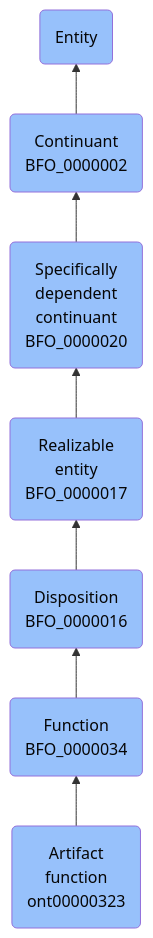
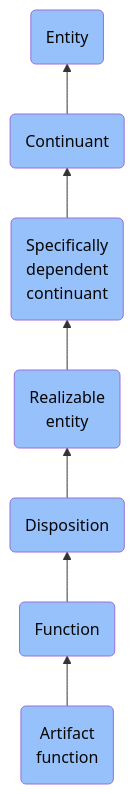
The diagram in docs/ontology/reference/model/Entity/Continuant/Specifically dependent continuant/Realizable entity/Disposition/Function/Artifact function/Artifact function.md (jupyter-naas/abi), drawn with Mermaid before and after one commit. The commit also changed other lines of this file and 1430 other files, not shown here.

````diff
--- a/docs/ontology/reference/model/Entity/Continuant/Specifically dependent continuant/Realizable entity/Disposition/Function/Artifact function/Artifact function.md
+++ b/docs/ontology/reference/model/Entity/Continuant/Specifically dependent continuant/Realizable entity/Disposition/Function/Artifact function/Artifact function.md
@@ -24,14 +24,14 @@
 ```mermaid
 graph BT
-    ont00000323(Artifact<br>function<br>ont00000323):::BFO-->BFO_0000034
-    BFO_0000034(Function<br>BFO_0000034):::BFO-->BFO_0000016
-    BFO_0000016(Disposition<br>BFO_0000016):::BFO-->BFO_0000017
-    BFO_0000017(Realizable<br>entity<br>BFO_0000017):::BFO-->BFO_0000020
-    BFO_0000020(Specifically<br>dependent<br>continuant<br>BFO_0000020):::BFO-->BFO_0000002
-    BFO_0000002(Continuant<br>BFO_0000002):::BFO-->BFO_0000001
+    ont00000323(Artifact<br>function):::BFO-->BFO_0000034
+    BFO_0000034(Function):::BFO-->BFO_0000016
+    BFO_0000016(Disposition):::BFO-->BFO_0000017
+    BFO_0000017(Realizable<br>entity):::BFO-->BFO_0000020
+    BFO_0000020(Specifically<br>dependent<br>continuant):::BFO-->BFO_0000002
+    BFO_0000002(Continuant):::BFO-->BFO_0000001
     BFO_0000001(Entity):::BFO
     
     classDef BFO fill:#97c1fb,color:#060606
     classDef CCO fill:#e4c51e,color:#060606
     classDef ABI fill:#48DD82,color:#060606
 ```
````
